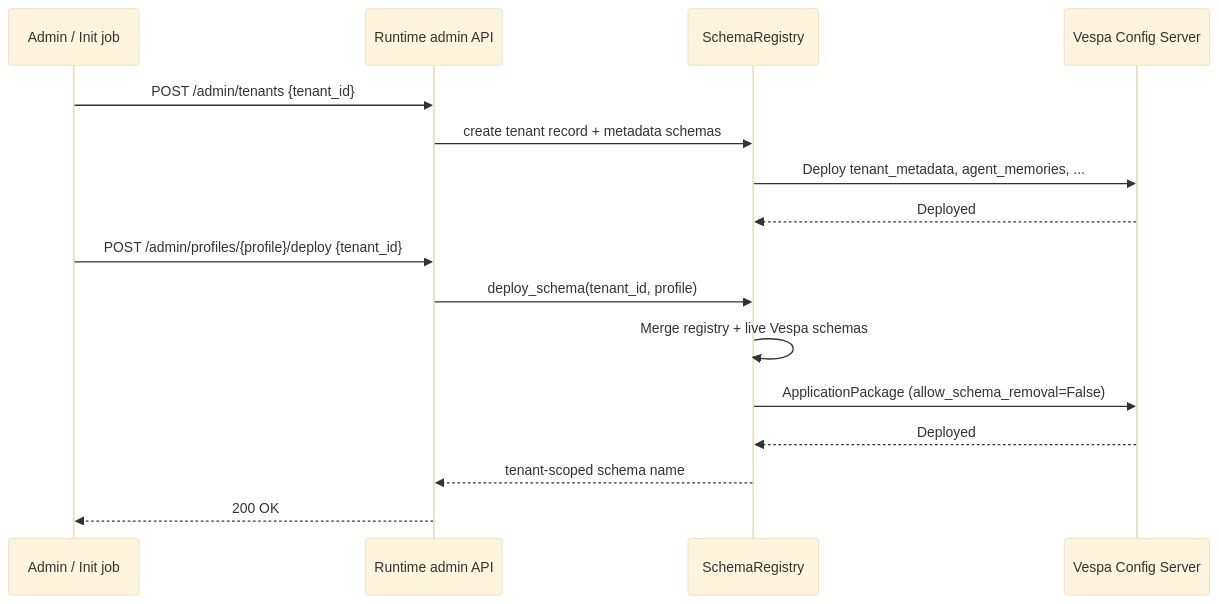
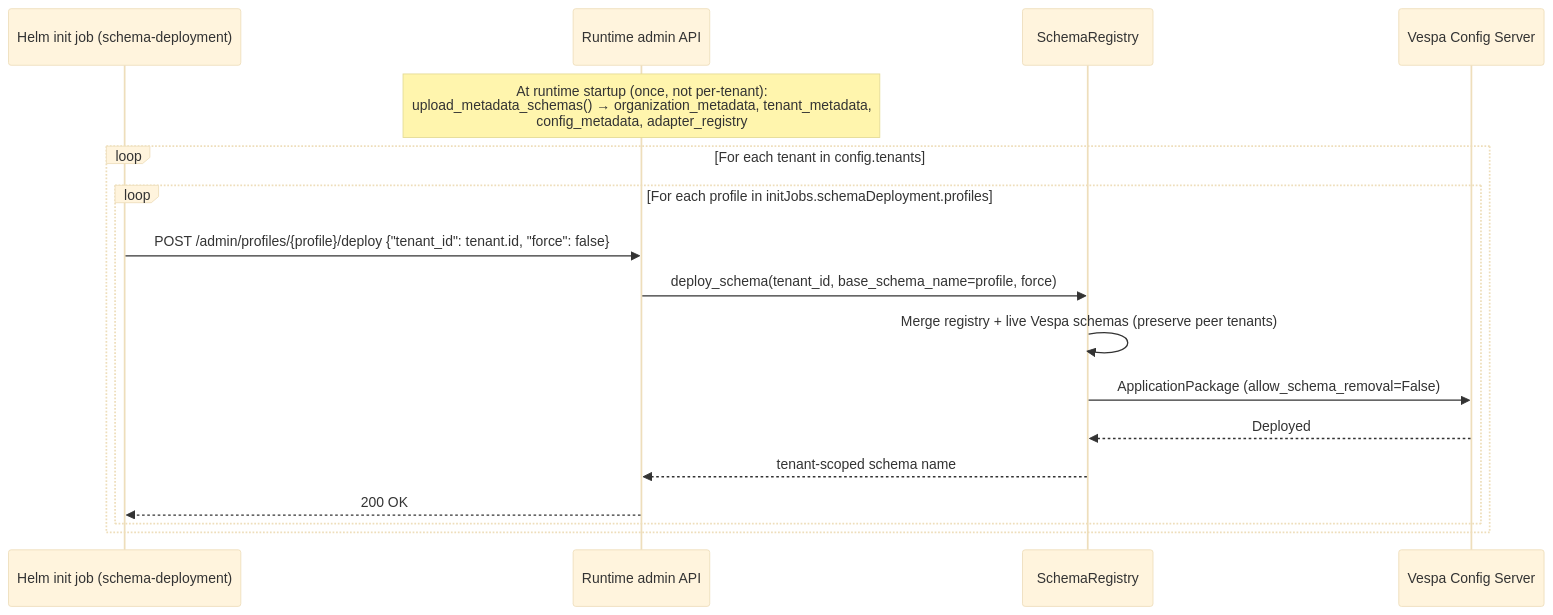
One commit to amit-jain/cogniverse changed the fifth of 21 diagrams in docs/diagrams/multi-tenant-diagrams.md. Above: the diagram before and after it, drawn with Mermaid (base theme). The commit also changed other lines of this file and 50 other files, not shown here.

First line of the commit message:
Complete and verify docs against code with mermaid palette

````diff
--- a/docs/diagrams/multi-tenant-diagrams.md
+++ b/docs/diagrams/multi-tenant-diagrams.md
@@ -242,20 +252,21 @@
 ```mermaid
 sequenceDiagram
-    participant Admin as Admin / Init job
+    participant InitJob as Helm init job (schema-deployment)
     participant Runtime as Runtime admin API
     participant Registry as SchemaRegistry
     participant Vespa as Vespa Config Server
 
-    Admin->>Runtime: POST /admin/tenants {tenant_id}
-    Runtime->>Registry: create tenant record + metadata schemas
-    Registry->>Vespa: Deploy tenant_metadata, agent_memories, ...
-    Vespa-->>Registry: Deployed
+    Note over Runtime: At runtime startup (once, not per-tenant):<br/>upload_metadata_schemas() → organization_metadata, tenant_metadata,<br/>config_metadata, adapter_registry
 
-    Admin->>Runtime: POST /admin/profiles/{profile}/deploy {tenant_id}
-    Runtime->>Registry: deploy_schema(tenant_id, profile)
-    Registry->>Registry: Merge registry + live Vespa schemas
-    Registry->>Vespa: ApplicationPackage (allow_schema_removal=False)
-    Vespa-->>Registry: Deployed
-    Registry-->>Runtime: tenant-scoped schema name
-    Runtime-->>Admin: 200 OK
+    loop For each tenant in config.tenants
+        loop For each profile in initJobs.schemaDeployment.profiles
+            InitJob->>Runtime: POST /admin/profiles/{profile}/deploy {"tenant_id": tenant.id, "force": false}
+            Runtime->>Registry: deploy_schema(tenant_id, base_schema_name=profile, force)
+            Registry->>Registry: Merge registry + live Vespa schemas (preserve peer tenants)
+            Registry->>Vespa: ApplicationPackage (allow_schema_removal=False)
+            Vespa-->>Registry: Deployed
+            Registry-->>Runtime: tenant-scoped schema name
+            Runtime-->>InitJob: 200 OK
+        end
+    end
 ```
````
